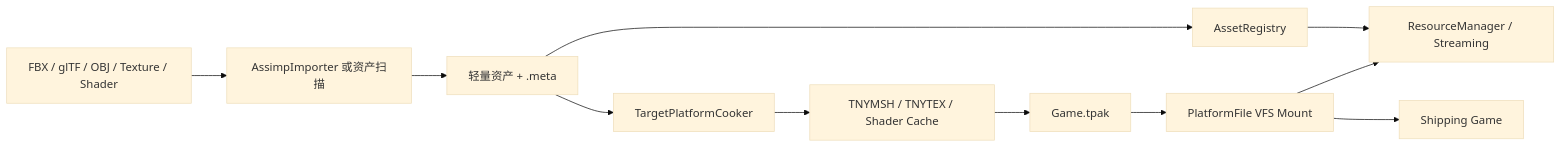
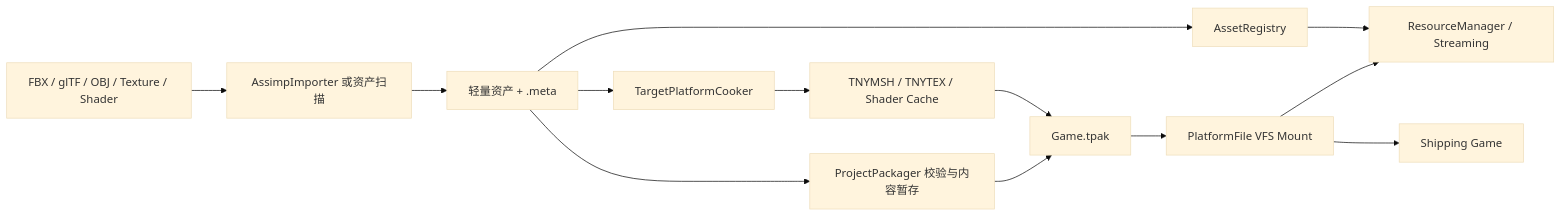
The eighth of 12 diagrams in docs/项目架构.md (feiyuz1/Aster-Engine), drawn with Mermaid (base theme) before and after one commit. The commit also changed other lines of this file and 18 other files, not shown here.

````diff
--- a/docs/项目架构.md
+++ b/docs/项目架构.md
@@ -459,18 +617,20 @@
 ```mermaid
 flowchart LR
     Source[FBX / glTF / OBJ / Texture / Shader]
     Import[AssimpImporter 或资产扫描]
     Authoring[轻量资产 + .meta]
     Registry[AssetRegistry]
     RuntimeLoad[ResourceManager / Streaming]
     Cook[TargetPlatformCooker]
     Compiled[TNYMSH / TNYTEX / Shader Cache]
     Pak[Game.tpak]
+    Package[ProjectPackager 校验与内容暂存]
     VFS[PlatformFile VFS Mount]
     Game[Shipping Game]
 
     Source --> Import --> Authoring --> Registry
     Registry --> RuntimeLoad
     Authoring --> Cook --> Compiled --> Pak --> VFS --> Game
+    Authoring --> Package --> Pak
     VFS --> RuntimeLoad
 ```
````
